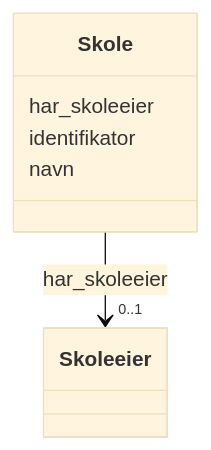
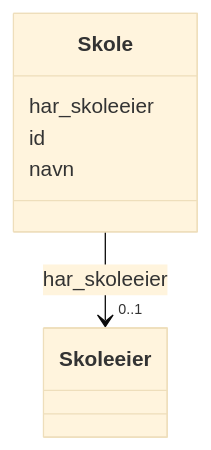
The diagram in mkdocs/docs/samt/samt-bu/klasser/skole.md (brreg/linkml-w3c-no-profiles), drawn with Mermaid (base theme) before and after one commit. The commit also changed other lines of this file and 541 other files, not shown here.

````diff
--- a/mkdocs/docs/samt/samt-bu/klasser/skole.md
+++ b/mkdocs/docs/samt/samt-bu/klasser/skole.md
@@ -18,21 +18,21 @@
 ```mermaid
  classDiagram
     class Skole
     click Skole href "../Skole/"
       Skole : har_skoleeier
         
           
     
         
         
         Skole --> "0..1" Skoleeier : har_skoleeier
         click Skoleeier href "../Skoleeier/"
     
 
         
-      Skole : identifikator
+      Skole : id
         
       Skole : navn
         
       
 ```
````
